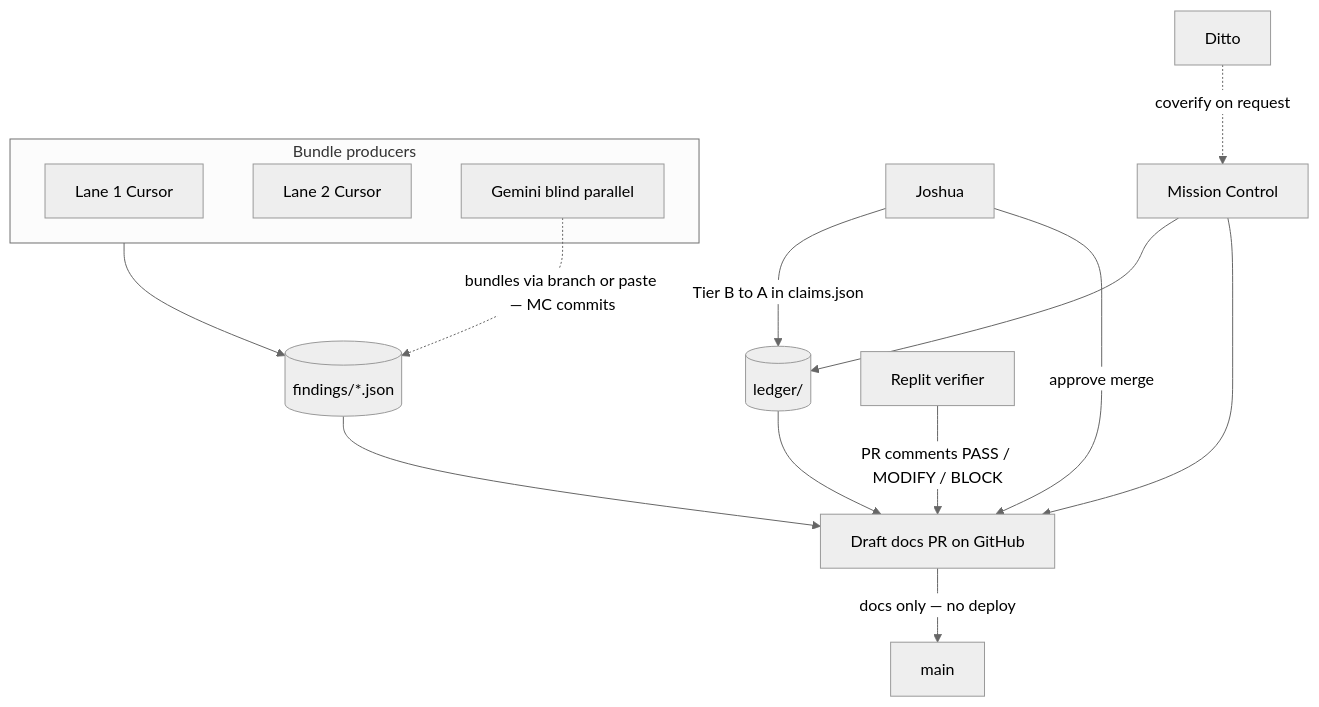
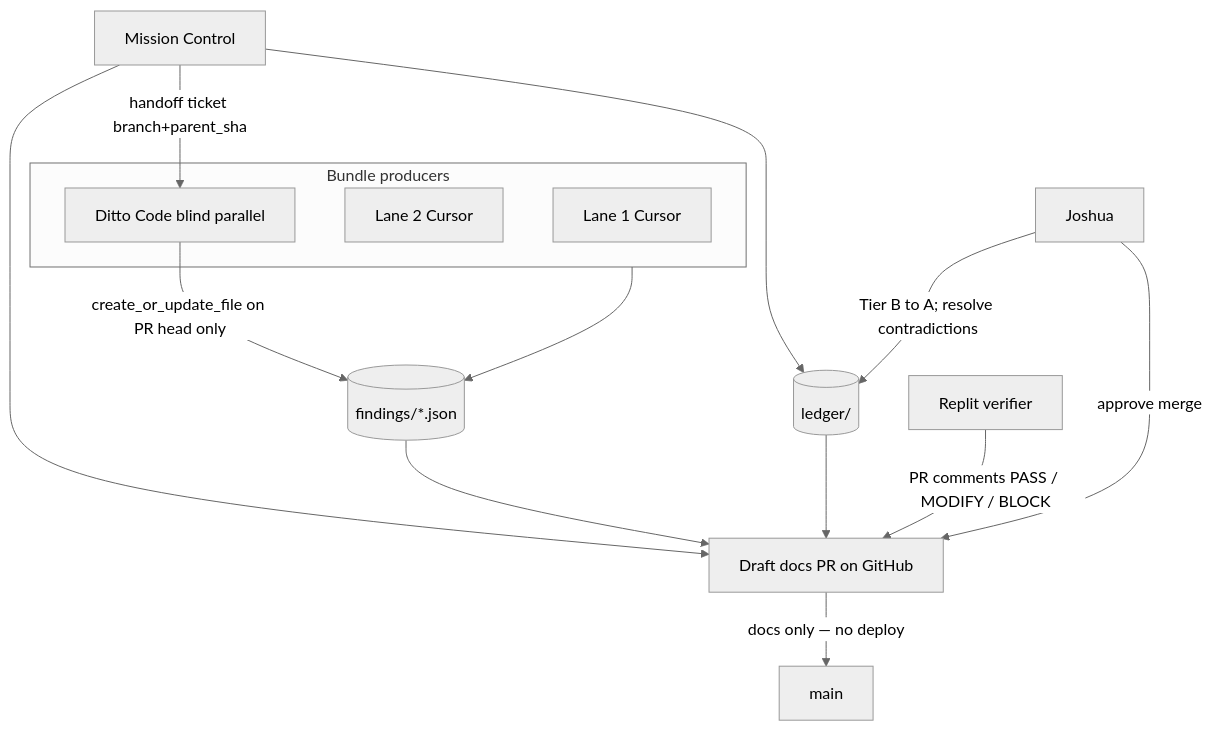
One commit to cryptoreporthub/subnet-dashboard changed the diagram in cursor-agents-communication/audit-kit/REVIEW-WORKFLOW.md. Above: the diagram before and after it, drawn with Mermaid (neutral theme). The commit also changed other lines of this file and 3 other files, not shown here.

First line of the commit message:
docs(audit-kit): Ditto handoff ticket + replayable fetch_method rules

````diff
--- a/cursor-agents-communication/audit-kit/REVIEW-WORKFLOW.md
+++ b/cursor-agents-communication/audit-kit/REVIEW-WORKFLOW.md
@@ -26,26 +25,25 @@
 ```mermaid
 flowchart TB
   subgraph producers["Bundle producers"]
     L1[Lane 1 Cursor]
     L2[Lane 2 Cursor]
-    G[Gemini blind parallel]
+    D[Ditto Code blind parallel]
   end
 
   producers --> findings[(findings/*.json)]
-  G -.->|bundles via branch or paste — MC commits| findings
+  MC -->|handoff ticket branch+parent_sha| D
+  D -->|create_or_update_file on PR head only| findings
 
   MC[Mission Control] --> ledger[(ledger/)]
   MC --> PR[Draft docs PR on GitHub]
 
   findings --> PR
   ledger --> PR
 
   Replit[Replit verifier] -->|PR comments PASS / MODIFY / BLOCK| PR
 
-  Ditto[Ditto] -.->|coverify on request| MC
-
-  Joshua[Joshua] -->|Tier B to A in claims.json| ledger
+  Joshua[Joshua] -->|Tier B to A; resolve contradictions| ledger
   Joshua -->|approve merge| PR
 
   PR -->|docs only — no deploy| main
 ```
````
